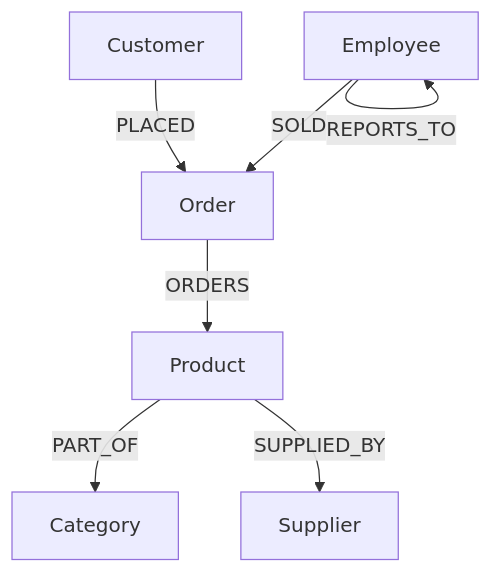
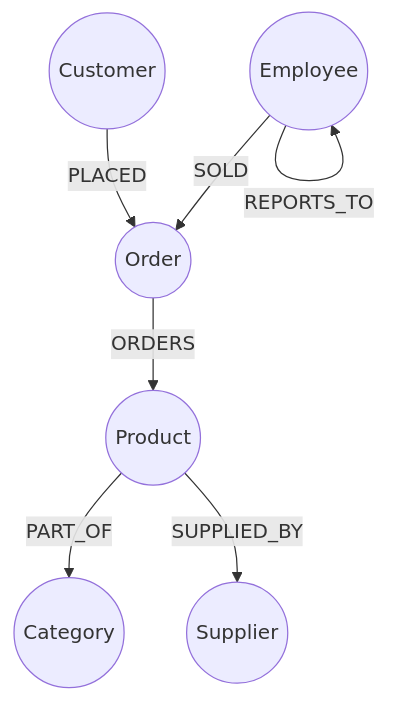
The first of 5 diagrams in asciidoc/courses/workshop-importing/modules/2-data-modeling/lessons/4-relationships/lesson.adoc (neo4j-graphacademy/courses), drawn with Mermaid before and after one commit. The commit also changed other lines of this file and 15 other files, not shown here.

````diff
--- a/asciidoc/courses/workshop-importing/modules/2-data-modeling/lessons/4-relationships/lesson.adoc
+++ b/asciidoc/courses/workshop-importing/modules/2-data-modeling/lessons/4-relationships/lesson.adoc
@@ -68,9 +68,9 @@
 ```mermaid
 graph TB
-    A[Customer] -->|PLACED| B[Order]
-    B -->|ORDERS| C[Product]
-    C -->|PART_OF| D[Category]
-    C -->|SUPPLIED_BY| E[Supplier]
-    F[Employee] -->|SOLD| B
+    A((Customer)) -->|PLACED| B((Order))
+    B -->|ORDERS| C((Product))
+    C -->|PART_OF| D((Category))
+    C -->|SUPPLIED_BY| E((Supplier))
+    F((Employee)) -->|SOLD| B
     F -->|REPORTS_TO| F
 ```
````
